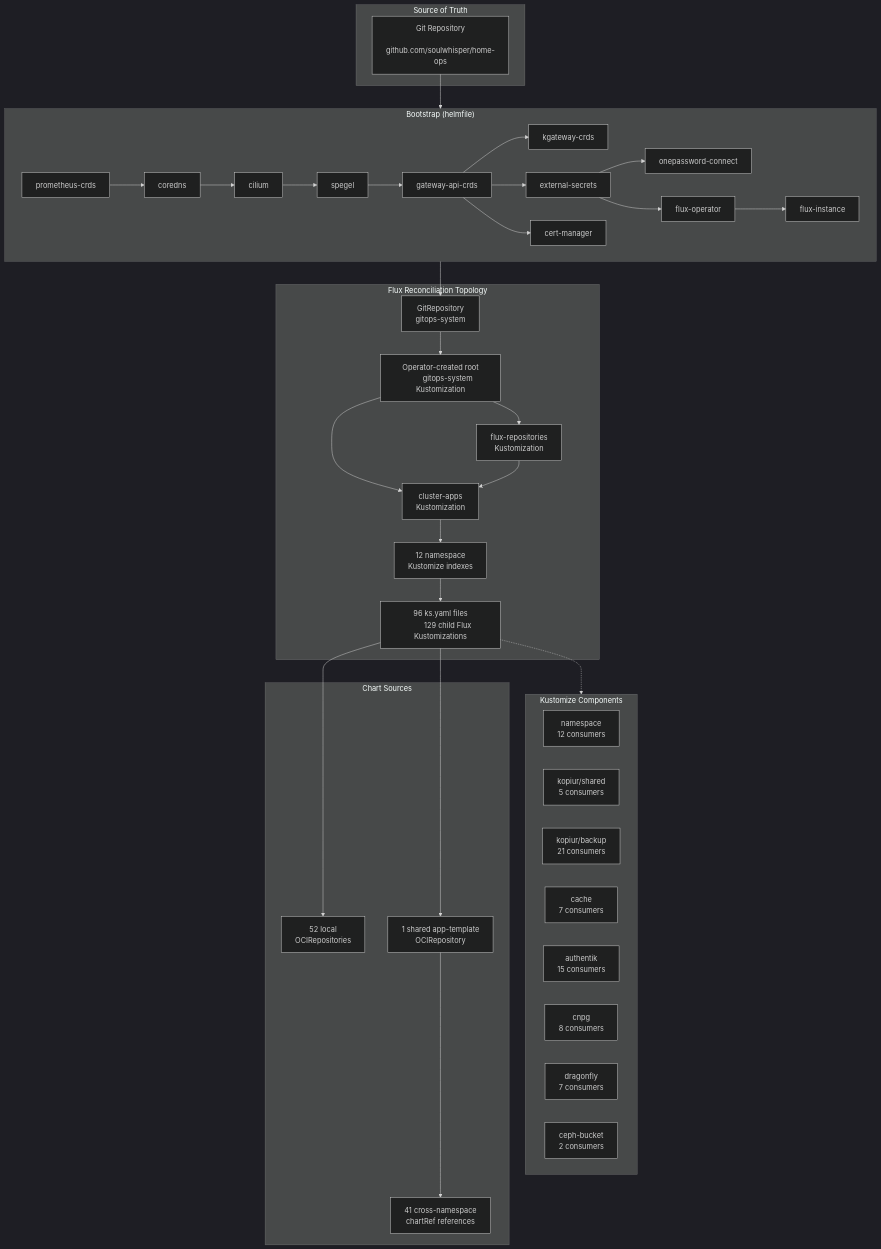
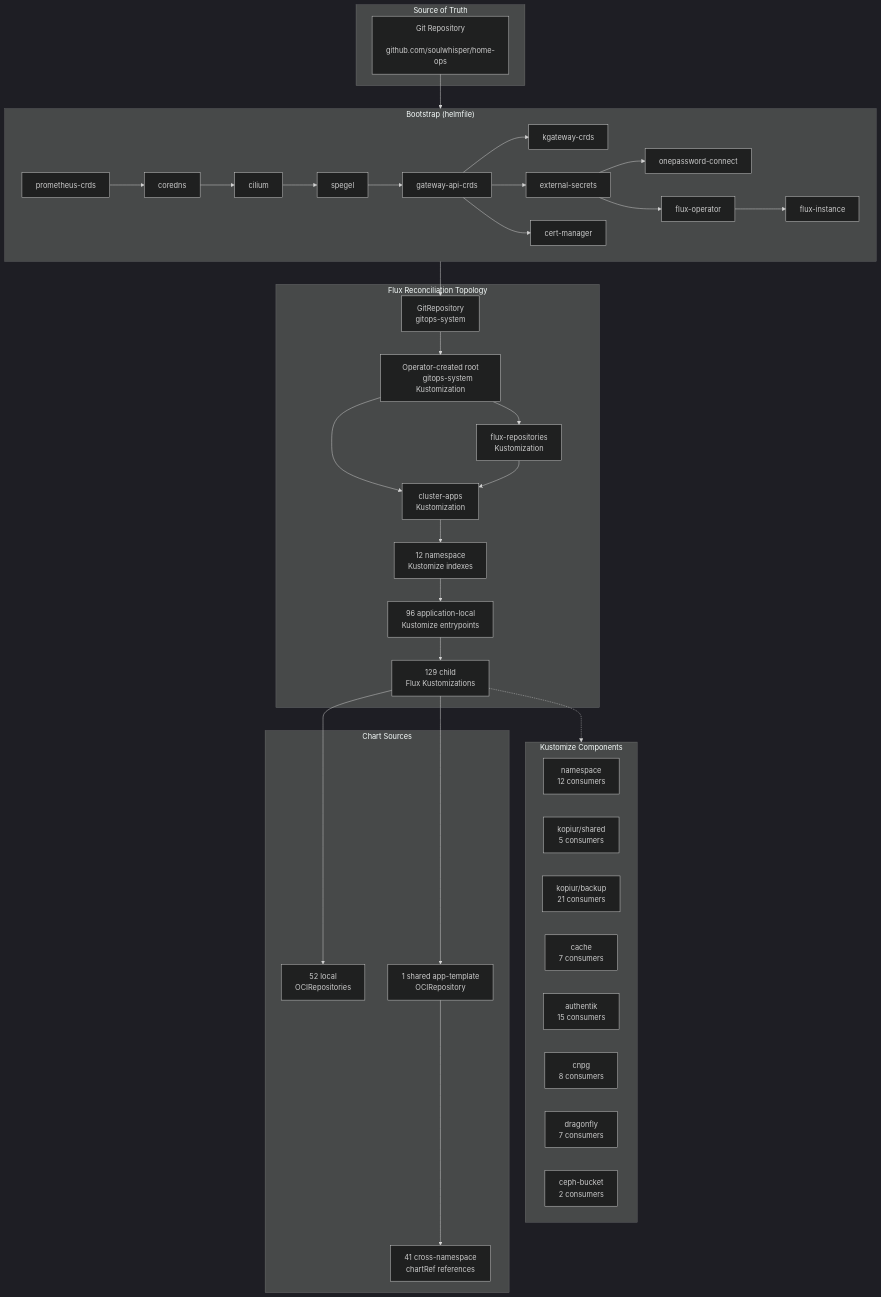
One commit to soulwhisper/home-ops changed the diagram in docs/infrastructure/kubernetes.md. Above: the diagram before and after it, drawn with Mermaid (dark theme). The commit also changed other lines of this file and 111 other files, not shown here.

First line of the commit message:
refactor(gitops): add application-local Kustomize entrypoints (L2) (#4544)

````diff
--- a/docs/infrastructure/kubernetes.md
+++ b/docs/infrastructure/kubernetes.md
@@ -12,71 +12,73 @@
 ```mermaid
 flowchart TB
     subgraph Source["Source of Truth"]
         GIT["Git Repository
         github.com/soulwhisper/home-ops"]
     end
 
     subgraph Bootstrap["Bootstrap (helmfile)"]
         direction LR
         B1["prometheus-crds"] --> B2["coredns"]
         B2 --> B3["cilium"]
         B3 --> B4["spegel"]
         B4 --> B5["gateway-api-crds"]
         B5 --> B6["kgateway-crds"]
         B5 --> B7["external-secrets"]
         B5 --> B8["cert-manager"]
         B7 --> B9["onepassword-connect"]
         B7 --> B11["flux-operator"]
         B11 --> B12["flux-instance"]
     end
 
     subgraph FluxTopo["Flux Reconciliation Topology"]
         GR["GitRepository
         gitops-system"] --> ROOT["Operator-created root
         gitops-system Kustomization"]
         ROOT --> FR["flux-repositories
         Kustomization"]
         ROOT --> CA["cluster-apps
         Kustomization"]
         FR --> CA
         CA --> NS["12 namespace
         Kustomize indexes"]
-        NS --> APPS["96 ks.yaml files
-        129 child Flux Kustomizations"]
+        NS --> ENTRY["96 application-local
+        Kustomize entrypoints"]
+        ENTRY --> APPS["129 child
+        Flux Kustomizations"]
     end
 
     subgraph Components["Kustomize Components"]
         NS_COMP["namespace
         12 consumers"]
         KOPIUR_SECRET["kopiur/shared
         5 consumers"]
         KOPIUR_BACKUP["kopiur/backup
         21 consumers"]
         CACHE["cache
         7 consumers"]
         AUTHENTIK["authentik
         15 consumers"]
         CNPG["cnpg
         8 consumers"]
         DRAGONFLY["dragonfly
         7 consumers"]
         CEPH["ceph-bucket
         2 consumers"]
     end
 
     subgraph Charts["Chart Sources"]
         OCI_OWN["52 local
         OCIRepositories"]
         OCI_TPL["1 shared app-template
         OCIRepository"]
         CROSS["41 cross-namespace
         chartRef references"]
     end
 
     GIT --> Bootstrap
     Bootstrap --> GR
     APPS -.-> Components
     APPS --> OCI_OWN
     APPS --> OCI_TPL
     OCI_TPL --> CROSS
 ```
````
